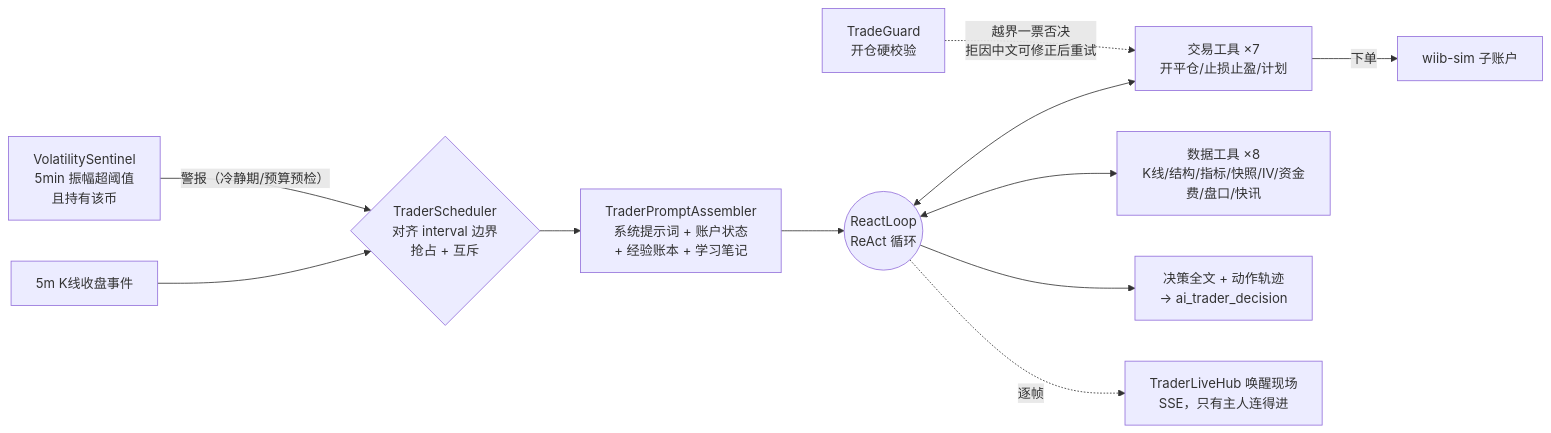
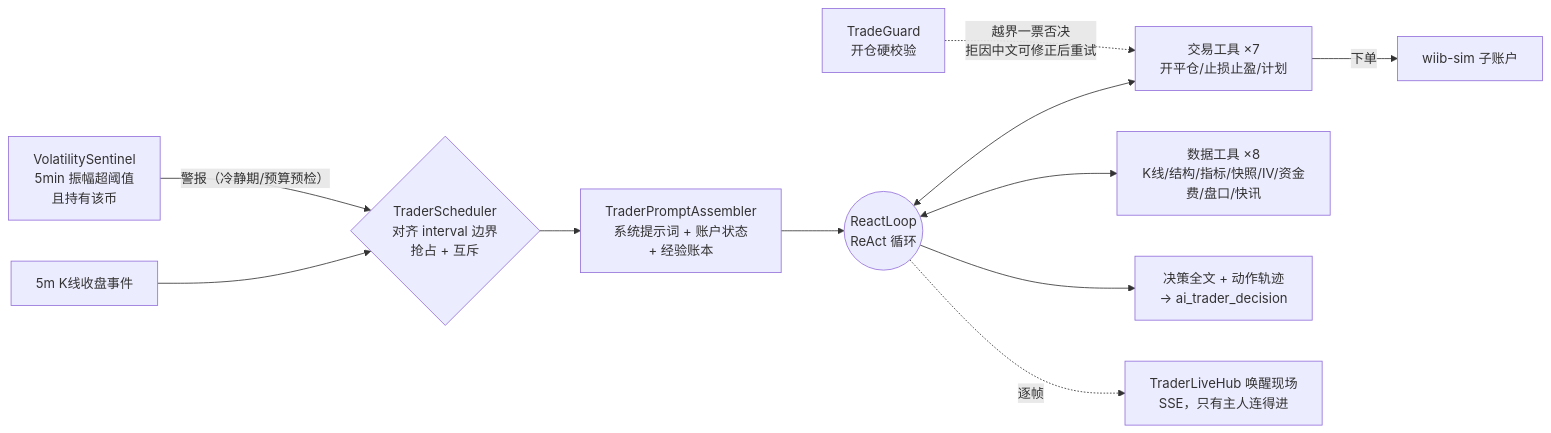
One commit to Smith-106/wtfibought changed the second of 5 diagrams in docs/agent-harness/architecture.md. Above: the diagram before and after it, drawn with Mermaid. The commit also changed other lines of this file and 69 other files, not shown here.

````diff
--- a/docs/agent-harness/architecture.md
+++ b/docs/agent-harness/architecture.md
@@ -54,13 +50,13 @@
 ```mermaid
 flowchart LR
     CLK["5m K线收盘事件"] --> SCH{"TraderScheduler<br/>对齐 interval 边界<br/>抢占 + 互斥"}
     SEN["VolatilitySentinel<br/>5min 振幅超阈值<br/>且持有该币"] -->|"警报（冷静期/预算预检）"| SCH
-    SCH --> PA["TraderPromptAssembler<br/>系统提示词 + 账户状态<br/>+ 经验账本 + 学习笔记"]
+    SCH --> PA["TraderPromptAssembler<br/>系统提示词 + 账户状态<br/>+ 经验账本"]
     PA --> RA(("ReactLoop<br/>ReAct 循环"))
     RA <--> T1["交易工具 ×7<br/>开平仓/止损止盈/计划"]
     RA <--> T2["数据工具 ×8<br/>K线/结构/指标/快照/IV/资金费/盘口/快讯"]
     RA --> OUT["决策全文 + 动作轨迹<br/>→ ai_trader_decision"]
     RA -.->|"逐帧"| HUB["TraderLiveHub 唤醒现场<br/>SSE，只有主人连得进"]
     GUARD["TradeGuard<br/>开仓硬校验"] -.->|"越界一票否决<br/>拒因中文可修正后重试"| T1
     T1 -->|"下单"| SIMX["wiib-sim 子账户"]
 ```
````
